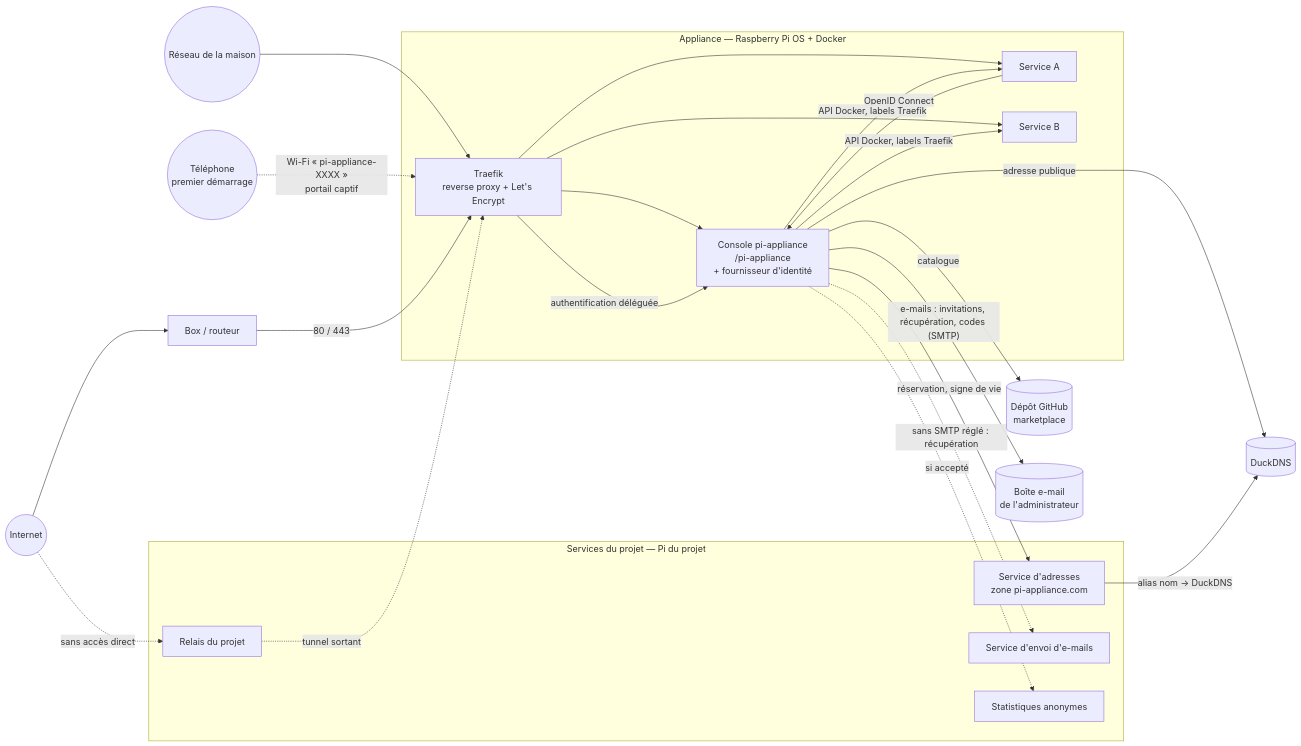
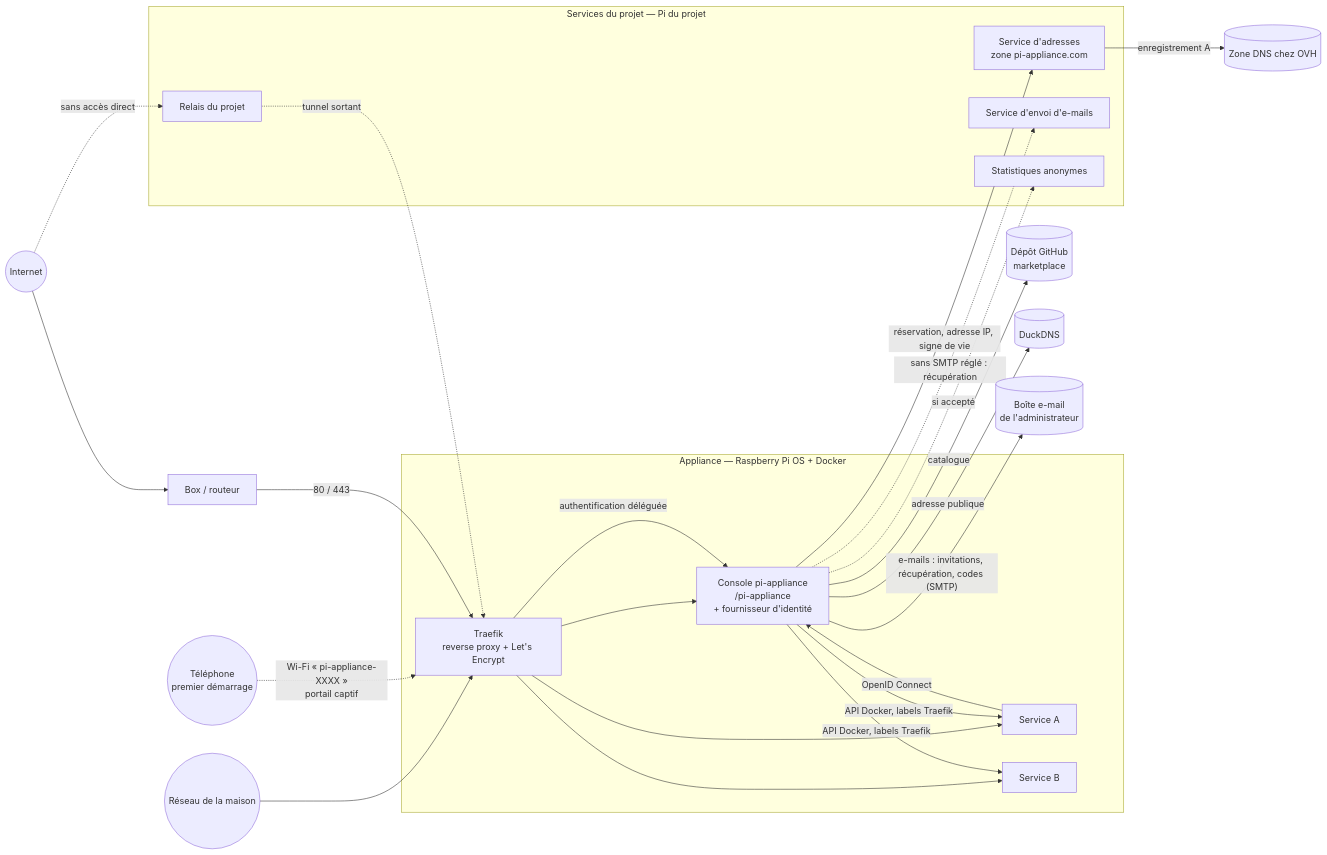
One commit to gmoulard/pi-appliance changed the diagram in docs/specification.md. Above: the diagram before and after it, drawn with Mermaid. The commit also changed other lines of this file and 31 other files, not shown here.

First line of the commit message:
TODO-3.20 : adresse IP de chaque Pi écrite chez OVH par le service d'adresses

````diff
--- a/docs/specification.md
+++ b/docs/specification.md
@@ -715,35 +715,35 @@
 ```mermaid
 flowchart LR
     Internet((Internet)) --> Box[Box / routeur]
     Internet -. "sans accès direct" .-> Relais[Relais du projet]
     Relais -. "tunnel sortant" .-> Traefik
     LAN((Réseau de la maison)) --> Traefik
     Telephone((Téléphone<br/>premier démarrage)) -. "Wi-Fi « pi-appliance-XXXX »<br/>portail captif" .-> Traefik
     Box -- "80 / 443" --> Traefik
     subgraph Pi["Appliance — Raspberry Pi OS + Docker"]
         Traefik[Traefik<br/>reverse proxy + Let's Encrypt]
         Console[Console pi-appliance<br/>/pi-appliance<br/>+ fournisseur d'identité]
         S1[Service A]
         S2[Service B]
         Traefik --> Console
         Traefik --> S1
         Traefik --> S2
         Traefik -- "authentification déléguée" --> Console
         S1 -- "OpenID Connect" --> Console
         Console -- "API Docker, labels Traefik" --> S1
         Console -- "API Docker, labels Traefik" --> S2
     end
     subgraph Projet["Services du projet — Pi du projet"]
         Adresses[Service d'adresses<br/>zone pi-appliance.com]
         Relais
         Mail[Service d'envoi d'e-mails]
         Stats[Statistiques anonymes]
     end
     Console -- "catalogue" --> Catalogue[(Dépôt GitHub<br/>marketplace)]
     Console -- "adresse publique" --> DDNS[(DuckDNS)]
-    Console -- "réservation, signe de vie" --> Adresses
+    Console -- "réservation, adresse IP, signe de vie" --> Adresses
     Console -- "e-mails : invitations, récupération, codes (SMTP)" --> Boite[(Boîte e-mail<br/>de l'administrateur)]
     Console -. "sans SMTP réglé : récupération" .-> Mail
     Console -. "si accepté" .-> Stats
-    Adresses -- "alias nom → DuckDNS" --> DDNS
+    Adresses -- "enregistrement A" --> OVH[(Zone DNS chez OVH)]
 ```
````
